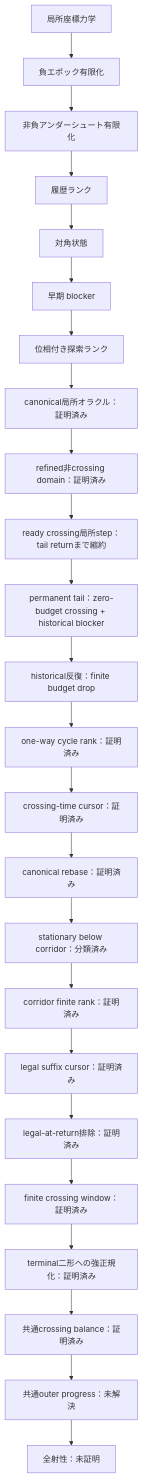
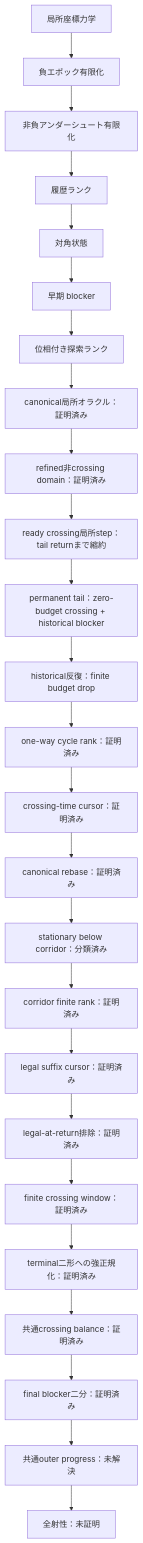
The diagram in README.md (hirokidaichi/recaman-lean-research), drawn with Mermaid before and after one commit. The commit also changed other lines of this file and 9 other files, not shown here.

````diff
--- a/README.md
+++ b/README.md
@@ -131,26 +134,27 @@
 ```mermaid
 flowchart TD
     A["局所座標力学"] --> B["負エポック有限化"]
     B --> C["非負アンダーシュート有限化"]
     C --> D["履歴ランク"]
     D --> E["対角状態"]
     E --> F["早期 blocker"]
     F --> G["位相付き探索ランク"]
     G --> H["canonical局所オラクル：証明済み"]
     H --> I["refined非crossing domain：証明済み"]
     I --> J["ready crossing局所step：tail returnまで縮約"]
     J --> K["permanent tail：zero-budget crossing + historical blocker"]
     K --> L["historical反復：finite budget drop"]
     L --> M["one-way cycle rank：証明済み"]
     M --> N["crossing-time cursor：証明済み"]
     N --> O["canonical rebase：証明済み"]
     O --> P["stationary below corridor：分類済み"]
     P --> Q["corridor finite rank：証明済み"]
     Q --> R["legal suffix cursor：証明済み"]
     R --> S["legal-at-return排除：証明済み"]
     S --> T["finite crossing window：証明済み"]
     T --> U["terminal二形への強正規化：証明済み"]
     U --> V["共通crossing balance：証明済み"]
-    V --> W["共通outer progress：未解決"]
-    W --> X["全射性：未証明"]
+    V --> W["final blocker二分：証明済み"]
+    W --> X["共通outer progress：未解決"]
+    X --> Y["全射性：未証明"]
 ```
````
